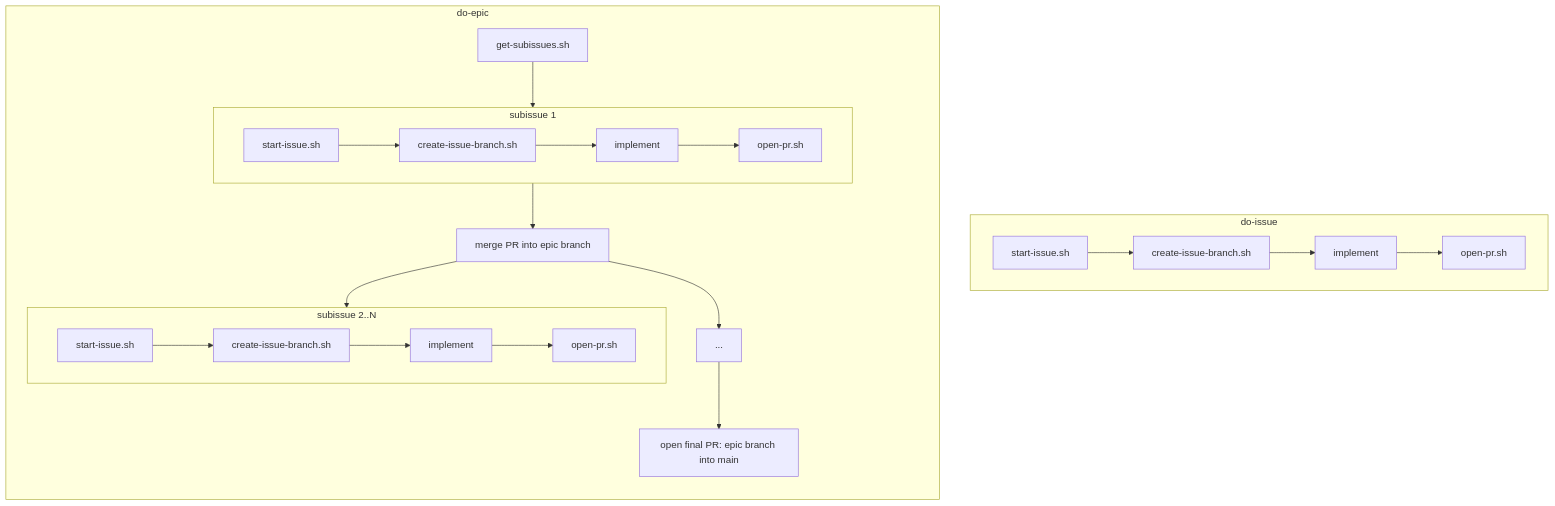
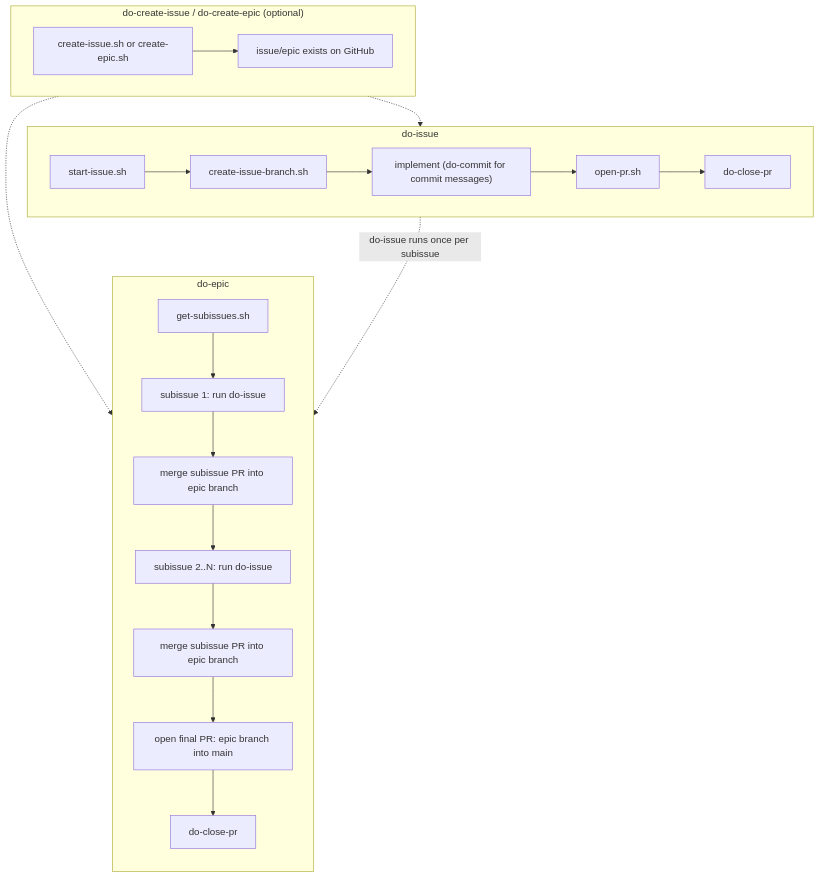
One commit to kurealnum/tokenmaxer changed the diagram in README.md. Above: the diagram before and after it, drawn with Mermaid. The commit also changed other lines of this file, not shown here.

Commit message:
docs: update paradigm diagram to show do-issue inside do-epic and other skills
Shows do-epic invoking do-issue per subissue, do-commit inside the
implement step, do-close-pr at each merge point, and do-create-issue/
do-create-epic as optional entry points.

````diff
--- a/README.md
+++ b/README.md
@@ -38,23 +42,24 @@
 ```mermaid
 flowchart TD
+    subgraph create["do-create-issue / do-create-epic (optional)"]
+        direction LR
+        C1[create-issue.sh or create-epic.sh] --> C2[issue/epic exists on GitHub]
+    end
+
     subgraph issue["do-issue"]
         direction LR
-        I1[start-issue.sh] --> I2[create-issue-branch.sh] --> I3[implement] --> I4[open-pr.sh]
+        I1[start-issue.sh] --> I2[create-issue-branch.sh] --> I3["implement (do-commit for commit messages)"] --> I4[open-pr.sh] --> I5[do-close-pr]
     end
 
     subgraph epic["do-epic"]
         direction TB
-        E0[get-subissues.sh] --> ES1
-        subgraph ES1["subissue 1"]
-            direction LR
-            A1[start-issue.sh] --> A2[create-issue-branch.sh] --> A3[implement] --> A4[open-pr.sh]
-        end
-        ES1 --> M1[merge PR into epic branch] --> ES2
-        subgraph ES2["subissue 2..N"]
-            direction LR
-            B1[start-issue.sh] --> B2[create-issue-branch.sh] --> B3[implement] --> B4[open-pr.sh]
-        end
-        M1 --> M2[...]
-        M2 --> EF[open final PR: epic branch into main]
+        E0[get-subissues.sh] --> ES1["subissue 1: run do-issue"]
+        ES1 --> M1[merge subissue PR into epic branch] --> ES2
+        ES2["subissue 2..N: run do-issue"] --> M2[merge subissue PR into epic branch]
+        M2 --> EF[open final PR: epic branch into main] --> EF2[do-close-pr]
     end
+
+    create -.-> issue
+    create -.-> epic
+    issue -. "do-issue runs once per subissue" .-> epic
 ```
````
